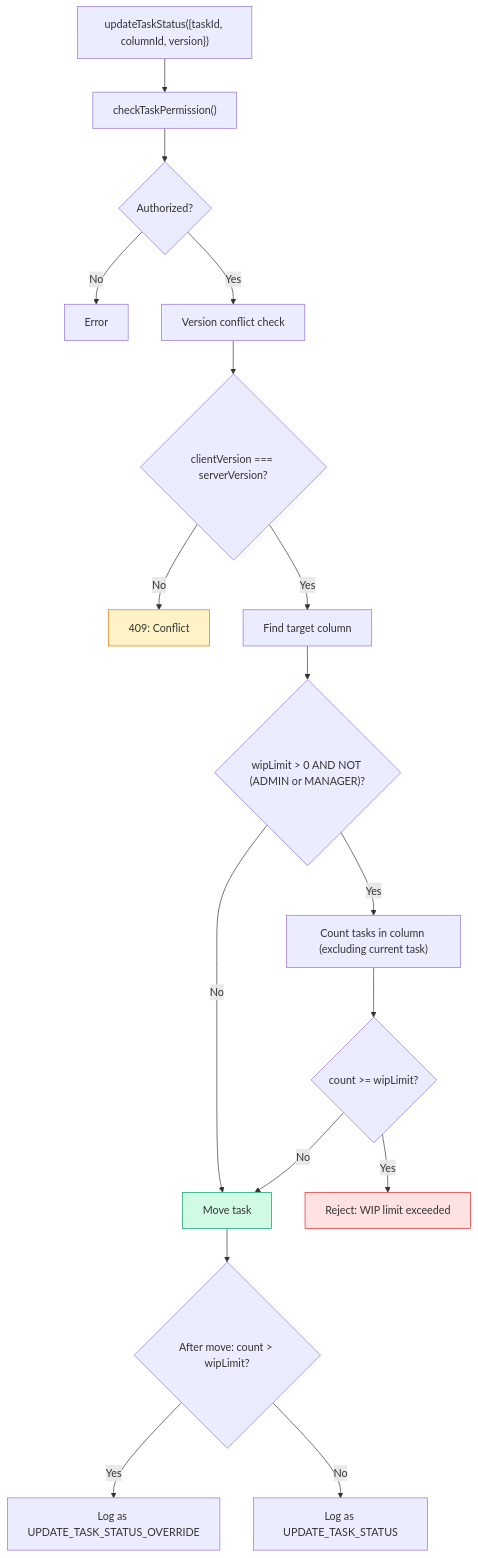
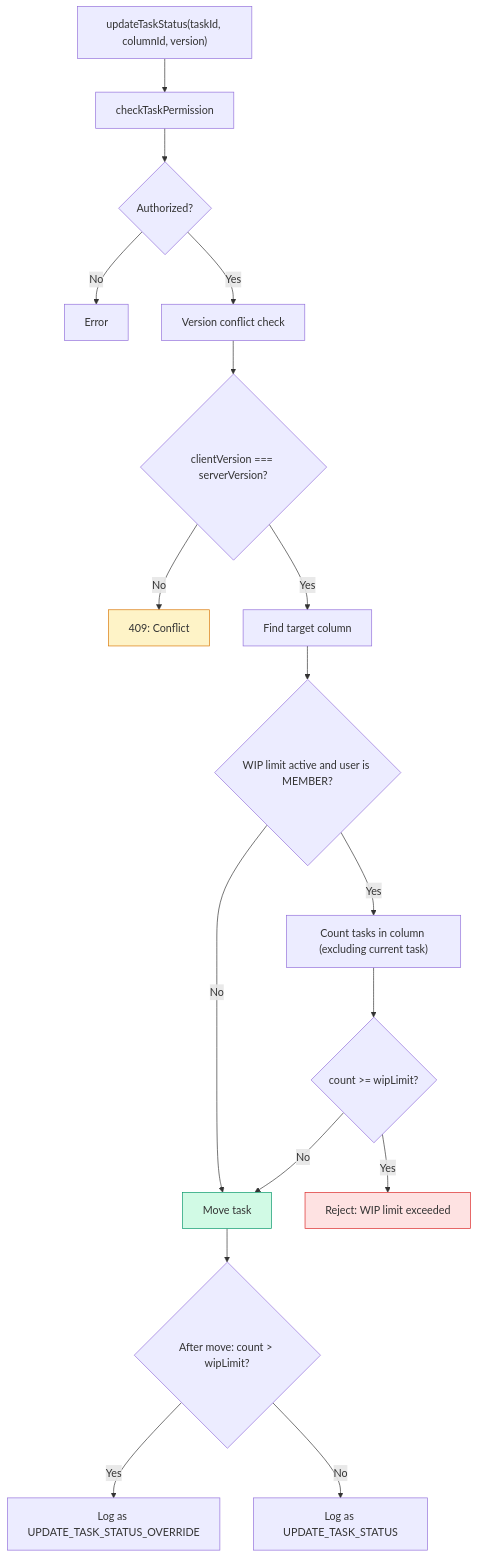
One commit to asefahmed500/Smart-Task-App_IIT_DU_Final_Project changed the seventh of 7 diagrams in docs/03-rbac-and-permissions.md. Above: the diagram before and after it, drawn with Mermaid. The commit also changed other lines of this file and 9 other files, not shown here.

Commit message:
fix: update AGENTS.md with Vercel deployment notes and additional mermaid cleanups

````diff
--- a/docs/03-rbac-and-permissions.md
+++ b/docs/03-rbac-and-permissions.md
@@ -287,25 +287,25 @@
 ```mermaid
 flowchart TD
-    START["updateTaskStatus({taskId, columnId, version})"] --> PERM["checkTaskPermission()"]
+    START["updateTaskStatus(taskId, columnId, version)"] --> PERM["checkTaskPermission"]
     PERM --> FAILED{"Authorized?"}
     FAILED -->|No| ERR["Error"]
     FAILED -->|Yes| VERSION["Version conflict check"]
     VERSION --> STALE{"clientVersion === serverVersion?"}
     STALE -->|No| CONFLICT["409: Conflict"]
     STALE -->|Yes| COL["Find target column"]
-    COL --> WIP{"wipLimit > 0 AND NOT (ADMIN or MANAGER)?"}
+    COL --> WIP{"WIP limit active and user is MEMBER?"}
 
     WIP -->|No| MOVE["Move task"]
     WIP -->|Yes| COUNT["Count tasks in column (excluding current task)"]
     COUNT --> EXCEEDED{"count >= wipLimit?"}
     EXCEEDED -->|Yes| REJECT["Reject: WIP limit exceeded"]
     EXCEEDED -->|No| MOVE
 
     MOVE --> CHECK_OVERRIDE{"After move: count > wipLimit?"}
     CHECK_OVERRIDE -->|Yes| LOG_OVERRIDE["Log as UPDATE_TASK_STATUS_OVERRIDE"]
     CHECK_OVERRIDE -->|No| LOG_NORMAL["Log as UPDATE_TASK_STATUS"]
 
     style REJECT fill:#fee2e2,stroke:#dc2626
     style CONFLICT fill:#fef3c7,stroke:#d97706
     style MOVE fill:#d1fae5,stroke:#059669
 ```
````
